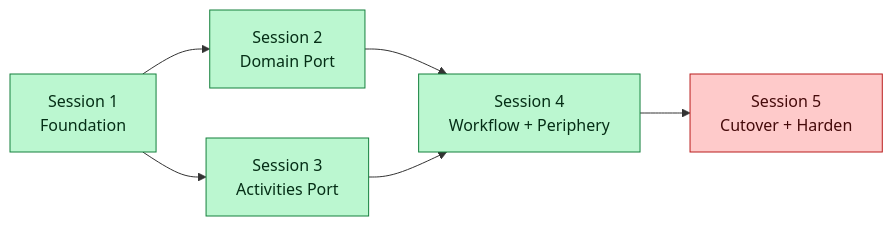
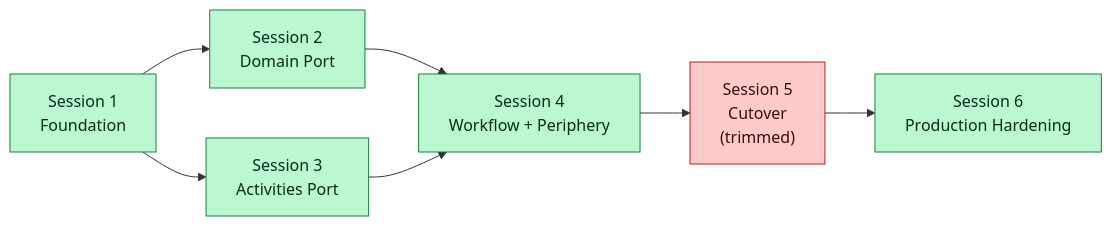
The diagram in tools/autonomous-factory/docs/temporal-migration/README.md (RomanKaliupinMelonusa/DAGent-t), drawn with Mermaid before and after one commit. The commit also changed other lines of this file and 19 other files, not shown here.

````diff
--- a/tools/autonomous-factory/docs/temporal-migration/README.md
+++ b/tools/autonomous-factory/docs/temporal-migration/README.md
@@ -47,20 +48,22 @@
 ```mermaid
 flowchart LR
     S1["Session 1<br/>Foundation"]
     S2["Session 2<br/>Domain Port"]
     S3["Session 3<br/>Activities Port"]
     S4["Session 4<br/>Workflow + Periphery"]
-    S5["Session 5<br/>Cutover + Harden"]
+    S5["Session 5<br/>Cutover<br/>(trimmed)"]
+    S6["Session 6<br/>Production Hardening"]
 
     S1 --> S2
     S1 --> S3
     S2 --> S4
     S3 --> S4
     S4 --> S5
+    S5 --> S6
 
     classDef reversible fill:#bbf7d0,stroke:#15803d,color:#052e16
     classDef irreversible fill:#fecaca,stroke:#b91c1c,color:#450a0a
 
-    class S1,S2,S3,S4 reversible
+    class S1,S2,S3,S4,S6 reversible
     class S5 irreversible
 ```
````
